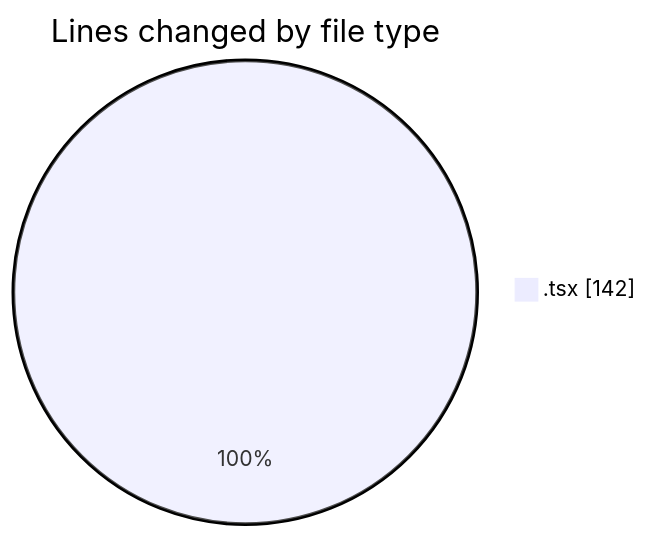
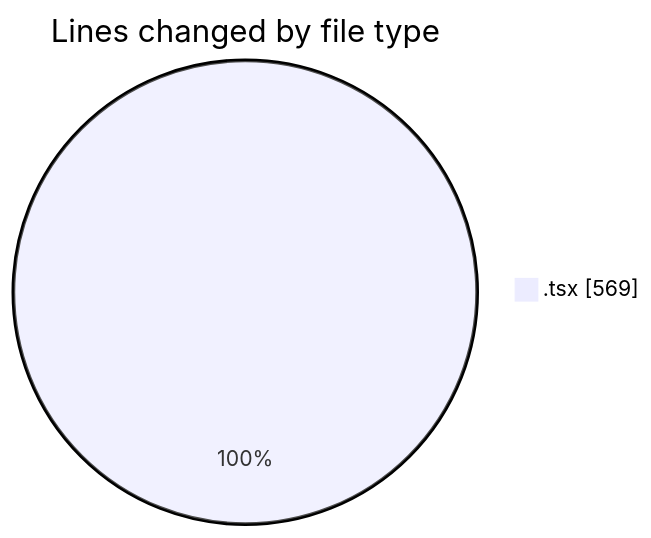
Before and after one commit to momahboobian/code-tracking: the first of 2 diagrams in 2026-05-12/cda/README.md, drawn with Mermaid. The commit also changed other lines of this file and 1 other file, not shown here.

````diff
--- a/2026-05-12/cda/README.md
+++ b/2026-05-12/cda/README.md
@@ -20,5 +20,5 @@
 ```mermaid
 pie showData
 title Lines changed by file type
-".tsx" : 142
+".tsx" : 569
 ```
````
